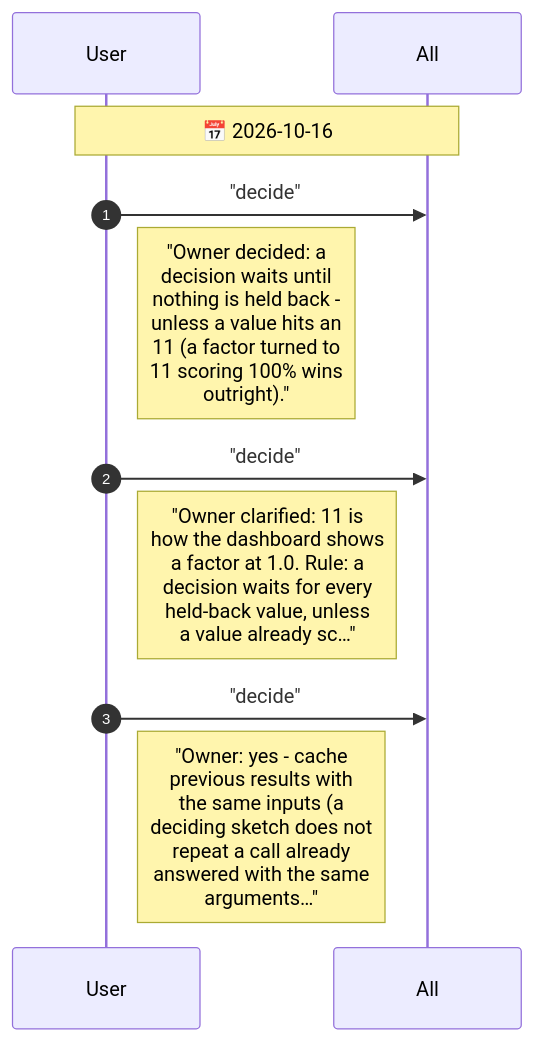
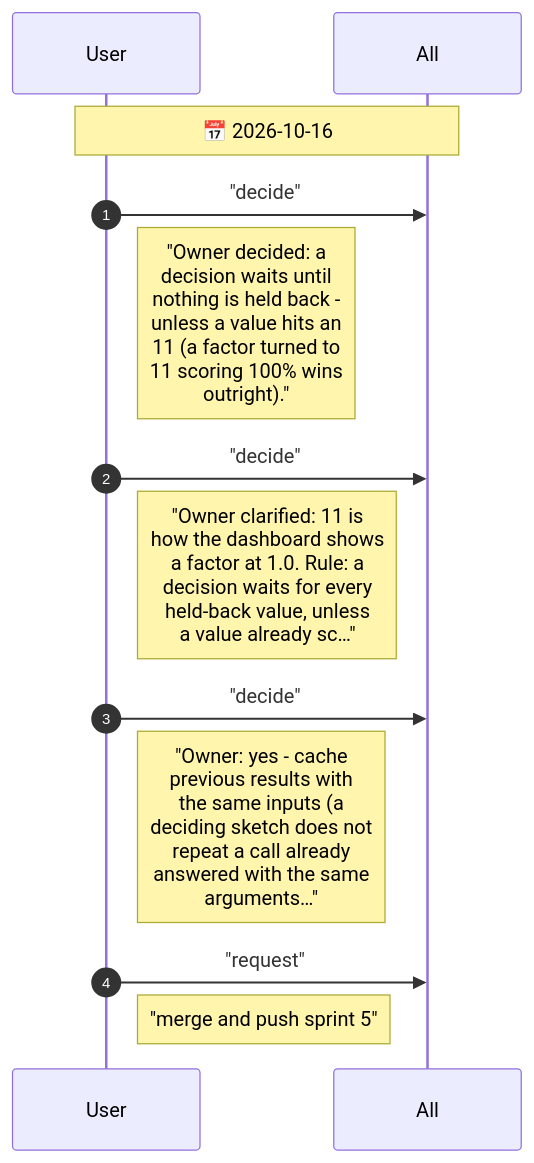
One commit to drusifer/understudy changed the diagram in agents/CHAT.diagram.md. Above: the diagram before and after it, drawn with Mermaid. The commit also changed 1 other file, not shown here.

Commit message:
Team chat: sprint 5 follow-ups (waiting rule, call cache)
Claude-Session: https://claude.ai/code/session_013PBMFY3UEwwBb7g53zVEp6

````diff
--- a/agents/CHAT.diagram.md
+++ b/agents/CHAT.diagram.md
@@ -5,14 +5,16 @@
 ```mermaid
 %%{init: {"sequence": {"messageFontSize": 14, "noteFontSize": 18, "actorFontSize": 14}}}%%
 sequenceDiagram
     autonumber
     participant User
     participant All
     Note over User,All: 📅 2026-10-16
     User->>All: "decide"
     Note right of User: "Owner decided: a<br/>decision waits until<br/>nothing is held back -<br/>unless a value hits an<br/>11 (a factor turned to<br/>11 scoring 100% wins<br/>outright)."
     User->>All: "decide"
     Note right of User: "Owner clarified: 11 is<br/>how the dashboard shows<br/>a factor at 1.0. Rule: a<br/>decision waits for every<br/>held-back value, unless<br/>a value already sc…"
     User->>All: "decide"
     Note right of User: "Owner: yes - cache<br/>previous results with<br/>the same inputs (a<br/>deciding sketch does not<br/>repeat a call already<br/>answered with the same<br/>arguments…"
+    User->>All: "request"
+    Note right of User: "merge and push sprint 5"
 ```
````
